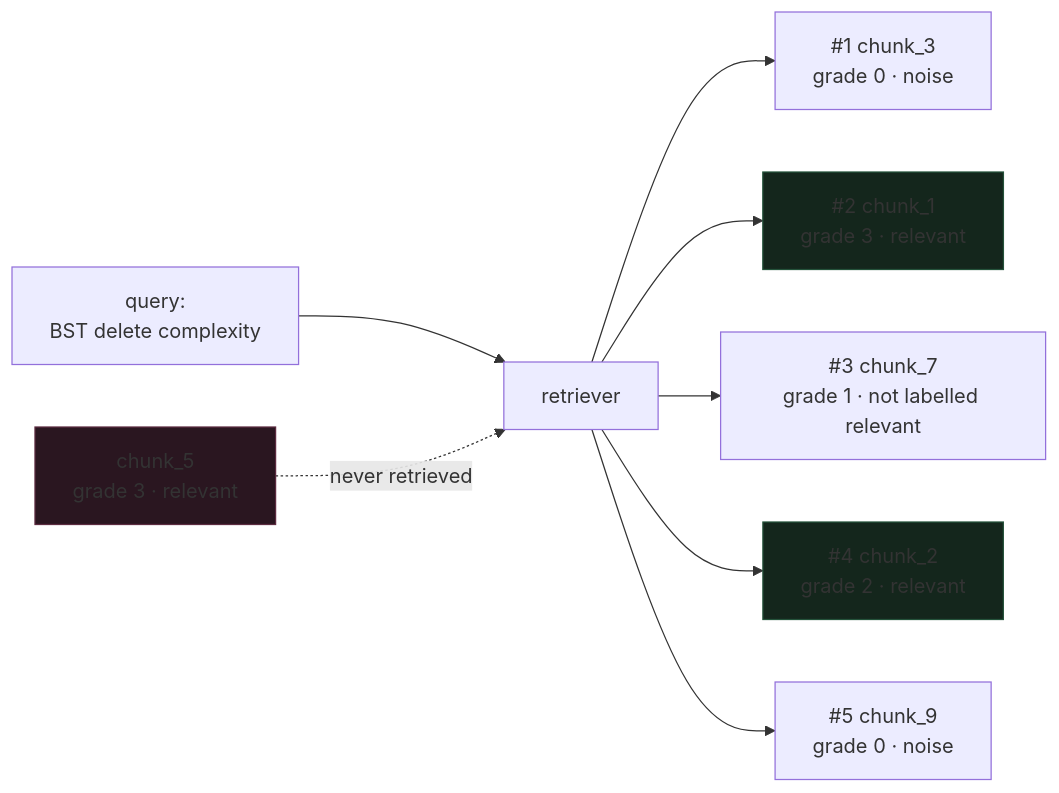
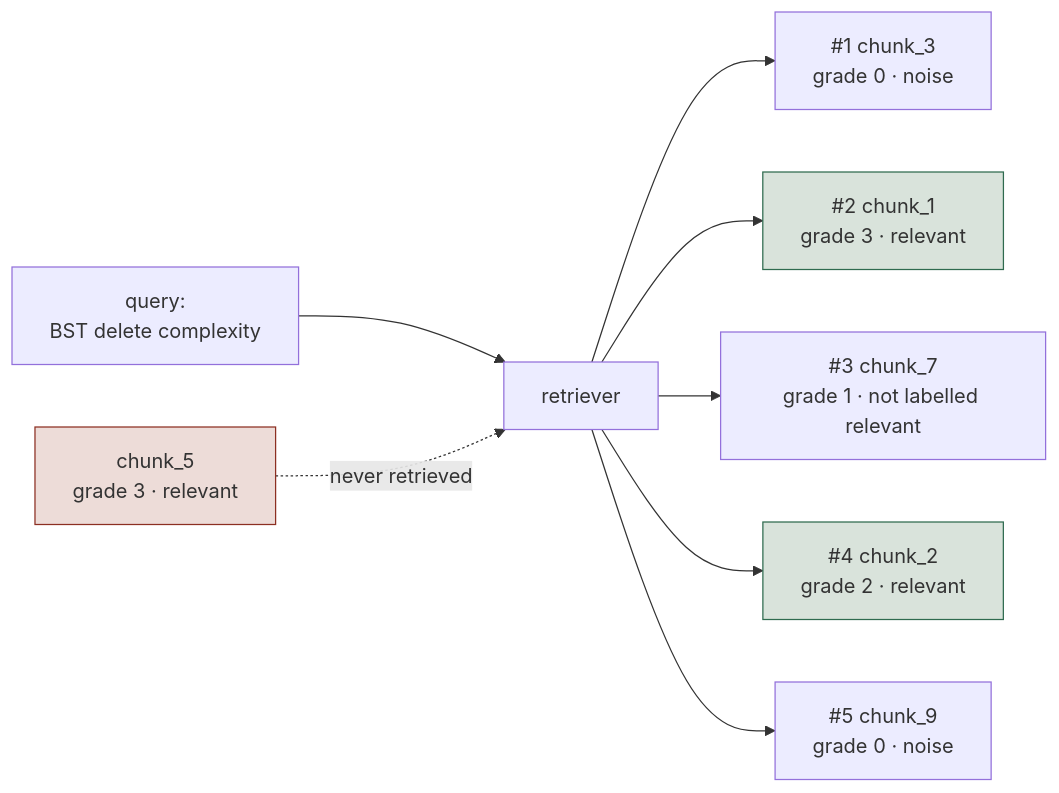
One commit to Sourav692/Agent_Evaluation_Demystified changed the first of 5 diagrams in docs/concepts/rag-agent-tool-evaluation.md. Above: the diagram before and after it, drawn with Mermaid. The commit also changed other lines of this file and 17 other files, not shown here.

````diff
--- a/docs/concepts/rag-agent-tool-evaluation.md
+++ b/docs/concepts/rag-agent-tool-evaluation.md
@@ -538,14 +538,14 @@
 ```mermaid
 flowchart LR
     Q["query:<br/>BST delete complexity"] --> RET["retriever"]
     RET --> R1["#1 chunk_3<br/>grade 0 · noise"]
     RET --> R2["#2 chunk_1<br/>grade 3 · relevant"]
     RET --> R3["#3 chunk_7<br/>grade 1 · not labelled relevant"]
     RET --> R4["#4 chunk_2<br/>grade 2 · relevant"]
     RET --> R5["#5 chunk_9<br/>grade 0 · noise"]
     GT["chunk_5<br/>grade 3 · relevant"] -.->|"never retrieved"| RET
 
-    style GT fill:#2a1620,stroke:#5c2b40
-    style R2 fill:#14261c,stroke:#24523a
-    style R4 fill:#14261c,stroke:#24523a
+    style GT fill:#EDDCD8,stroke:#8C2F22
+    style R2 fill:#D9E3DB,stroke:#2F6B4F
+    style R4 fill:#D9E3DB,stroke:#2F6B4F
 ```
````
